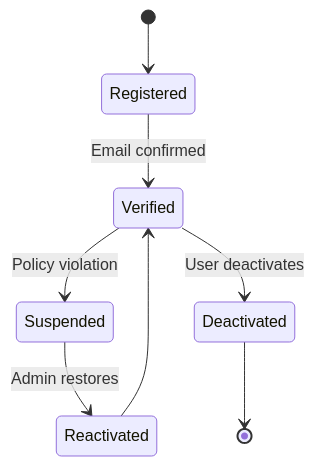
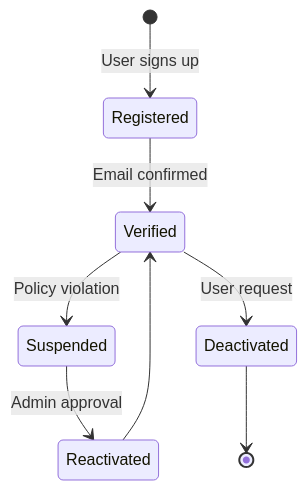
The first of 4 diagrams in State Transition Diagrams.md (nikopangwa/real-time-fitness-tracker), drawn with Mermaid before and after one commit. The commit also changed other lines of this file, not shown here.

Commit message:
Update State Transition Diagrams.md

````diff
--- a/State Transition Diagrams.md
+++ b/State Transition Diagrams.md
@@ -1,11 +1,12 @@
 ```mermaid
-stateDiagram
-    [*] --> Registered
+stateDiagram-v2
+    [*] --> Registered : User signs up
     Registered --> Verified : Email confirmed
     Verified --> Suspended : Policy violation
-    Verified --> Deactivated : User deactivates
-    Suspended --> Reactivated : Admin restores
+    Verified --> Deactivated : User request
+    Suspended --> Reactivated : Admin approval
     Deactivated --> [*]
     Reactivated --> Verified
 
+
 ```
````
